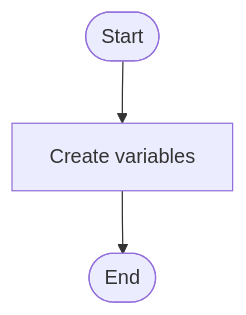
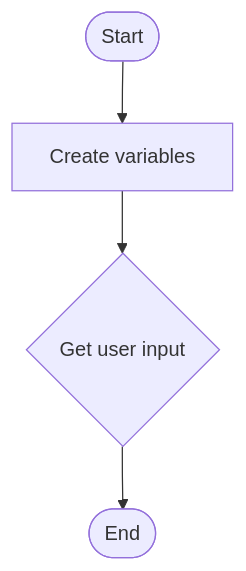
Before and after one commit to casmiththomas6/Guessing.md: the diagram in Guessing.md, drawn with Mermaid.

````diff
--- a/Guessing.md
+++ b/Guessing.md
@@ -2,4 +2,4 @@
 ```mermaid
 flowchart TD
-Start([Start]) --> CreateVariable[Create variables] --> End([End])
+Start([Start]) --> CreateVariable[Create variables] --> Userinput{Get user input} --> End([End])
 ```
````
